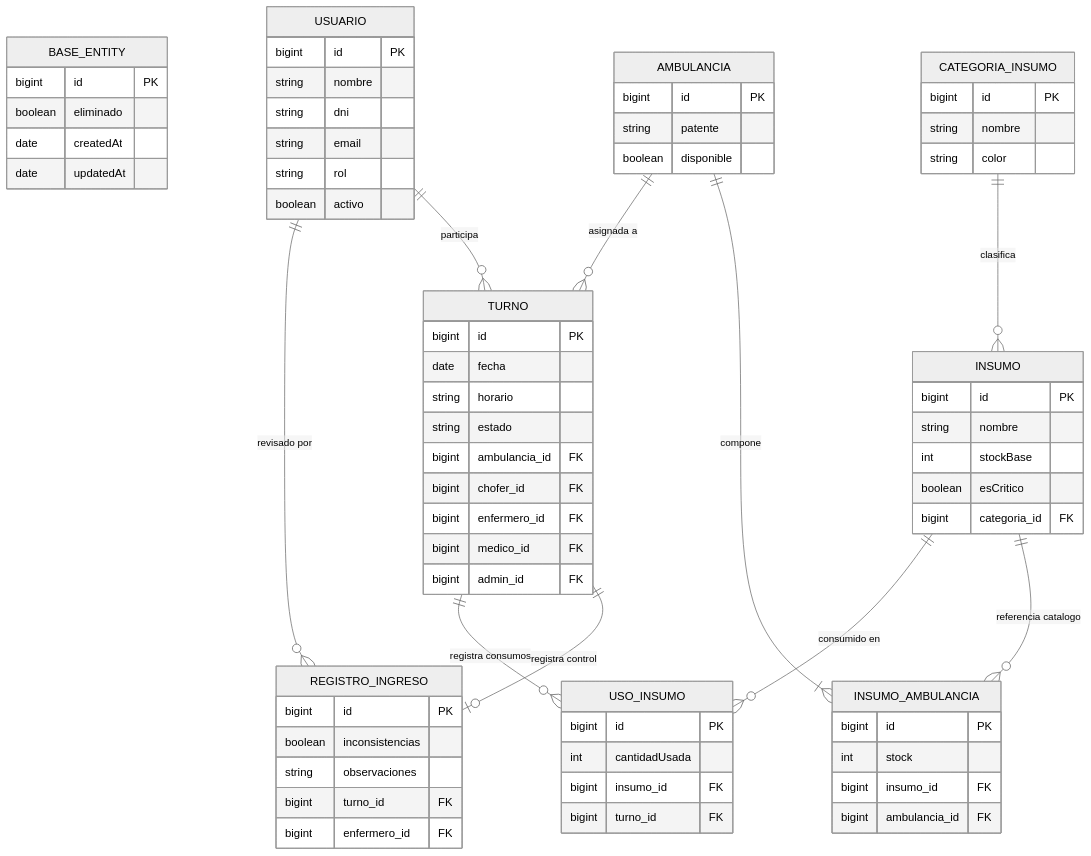
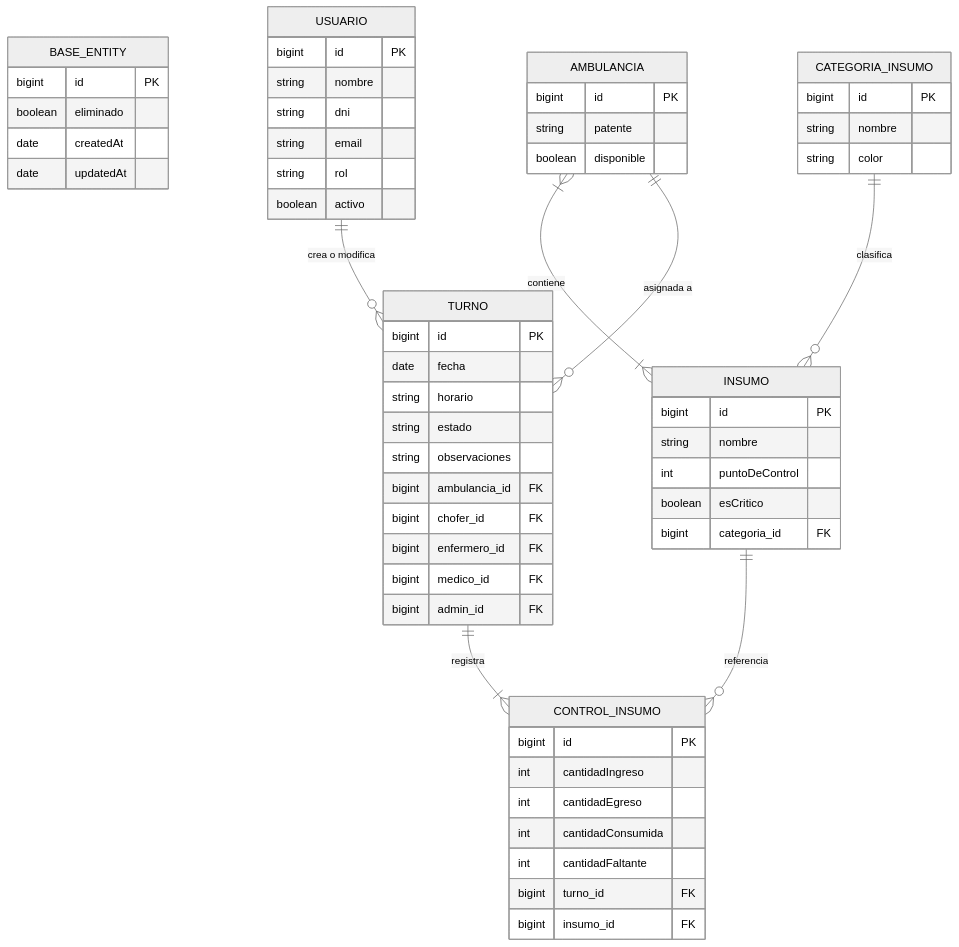
Before and after one commit to andresbonelli/UTN-TUPaD-TFI: the diagram in backend/control107/diagramas.md, drawn with Mermaid (neutral theme).

Commit message:
actualizar diagramas.md

````diff
--- a/backend/control107/diagramas.md
+++ b/backend/control107/diagramas.md
@@ -34,16 +34,9 @@
     INSUMO {
         bigint id PK
         string nombre
-        int stockBase
+        int puntoDeControl
         boolean esCritico
         bigint categoria_id FK
-    }
-
-    INSUMO_AMBULANCIA {
-        bigint id PK
-        int stock
-        bigint insumo_id FK
-        bigint ambulancia_id FK
     }
 
     TURNO {
@@ -51,6 +44,7 @@
         date fecha
         string horario
         string estado
+        string observaciones
         bigint ambulancia_id FK
         bigint chofer_id FK
         bigint enfermero_id FK
@@ -58,29 +52,20 @@
         bigint admin_id FK
     }
 
-    REGISTRO_INGRESO {
+    CONTROL_INSUMO {
         bigint id PK
-        boolean inconsistencias
-        string observaciones
+        int cantidadIngreso
+        int cantidadEgreso
+        int cantidadConsumida
+        int cantidadFaltante
         bigint turno_id FK
-        bigint enfermero_id FK
+        bigint insumo_id FK
     }
 
-    USO_INSUMO {
-        bigint id PK
-        int cantidadUsada
-        bigint insumo_id FK
-        bigint turno_id FK
-    }
-
-
     CATEGORIA_INSUMO ||--o{ INSUMO : "clasifica"
-    INSUMO ||--o{ INSUMO_AMBULANCIA : "referencia catalogo"
-    AMBULANCIA ||--|{ INSUMO_AMBULANCIA : "compone"
+    AMBULANCIA }|--|{ INSUMO : "contiene"
     AMBULANCIA ||--o{ TURNO : "asignada a"
-    USUARIO ||--o{ TURNO : "participa"
-    TURNO ||--o| REGISTRO_INGRESO : "registra control"
-    USUARIO ||--o{ REGISTRO_INGRESO : "revisado por"
-    TURNO ||--o{ USO_INSUMO : "registra consumos"
-    INSUMO ||--o{ USO_INSUMO : "consumido en"
+    USUARIO ||--o{ TURNO : "crea o modifica"
+    TURNO ||--|{ CONTROL_INSUMO : "registra"
+    INSUMO ||--o{ CONTROL_INSUMO : "referencia"
 ```
````
